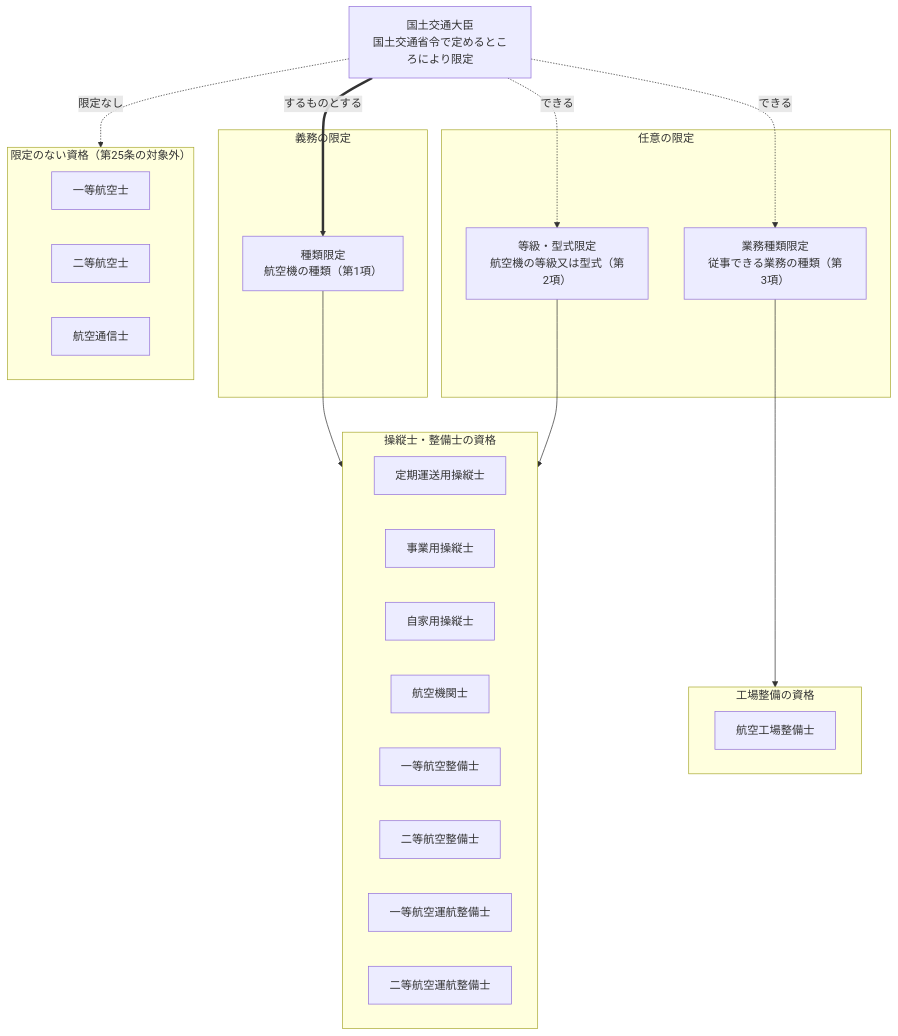
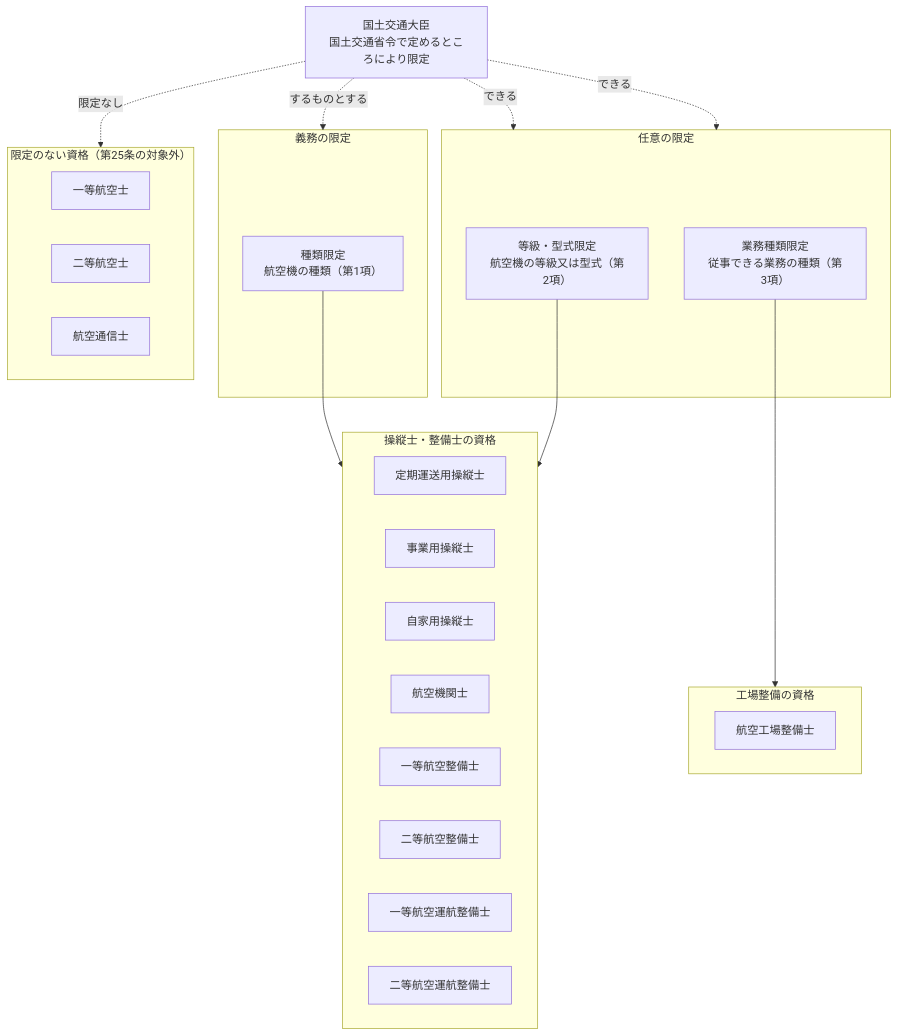
Before and after one commit to yonemotoBB/pil: the second of 22 diagrams in chapters/04_第四章.md, drawn with Mermaid. The commit also changed other lines of this file, not shown here.

Commit message:
第二十九条の二の図に施行規則57条(対象限定・申請書・添付・経歴の準用)を補完

````diff
--- a/chapters/04_第四章.md
+++ b/chapters/04_第四章.md
@@ -207,40 +207,40 @@
 ```mermaid
 flowchart TD
     M["国土交通大臣<br>国土交通省令で定めるところにより限定"]
 
     subgraph 義務の限定
         G1["種類限定<br>航空機の種類（第1項）"]
     end
     subgraph 任意の限定
         G2["等級・型式限定<br>航空機の等級又は型式（第2項）"]
         G3["業務種類限定<br>従事できる業務の種類（第3項）"]
     end
 
     subgraph a[操縦士・整備士の資格]
         P1["定期運送用操縦士"]
         P2["事業用操縦士"]
         P3["自家用操縦士"]
         P4["航空機関士"]
         P5["一等航空整備士"]
         P6["二等航空整備士"]
         P7["一等航空運航整備士"]
         P8["二等航空運航整備士"]
     end
     subgraph b[工場整備の資格]
         P9["航空工場整備士"]
     end
     subgraph c[限定のない資格（第25条の対象外）]
         P10["一等航空士"]
         P11["二等航空士"]
         P12["航空通信士"]
     end
 
-    M == するものとする ==> G1
-    M -. できる .-> G2
-    M -. できる .-> G3
+    M -. するものとする .-> 義務の限定
+    M -. できる .-> 任意の限定
+    M -. できる .-> 任意の限定
 
     G1 --> a
     G2 --> a
     G3 --> b
     M -. 限定なし .-> c
 ```
````
